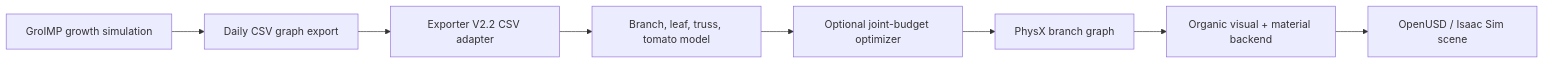
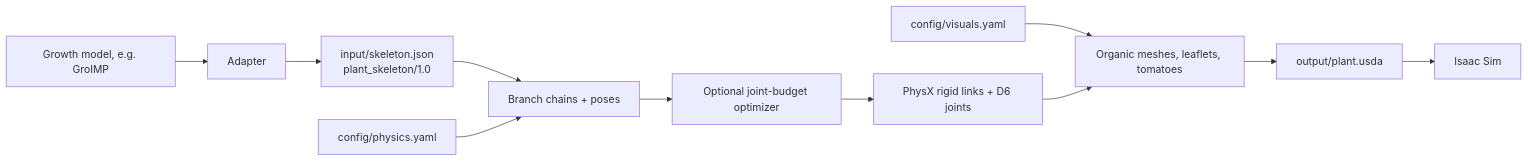
Before and after one commit to aledevv/autotom_digital_twin: the diagram in README.md, drawn with Mermaid. The commit also changed other lines of this file and 27 other files, not shown here.

````diff
--- a/README.md
+++ b/README.md
@@ -100,10 +108,13 @@
 ```mermaid
 graph LR
-    A[GroIMP growth simulation] --> B[Daily CSV graph export]
-    B --> C[Exporter V2.2 CSV adapter]
-    C --> D[Branch, leaf, truss, tomato model]
+    A[Growth model, e.g. GroIMP] --> B[Adapter]
+    B --> C[input/skeleton.json<br/>plant_skeleton/1.0]
+    C --> D[Branch chains + poses]
+    P[config/physics.yaml] --> D
+    V[config/visuals.yaml] --> G
     D --> E[Optional joint-budget optimizer]
-    E --> F[PhysX branch graph]
-    F --> G[Organic visual + material backend]
-    G --> H[OpenUSD / Isaac Sim scene]
+    E --> F[PhysX rigid links + D6 joints]
+    F --> G[Organic meshes, leaflets, tomatoes]
+    G --> H[output/plant.usda]
+    H --> I[Isaac Sim]
 ```
````
